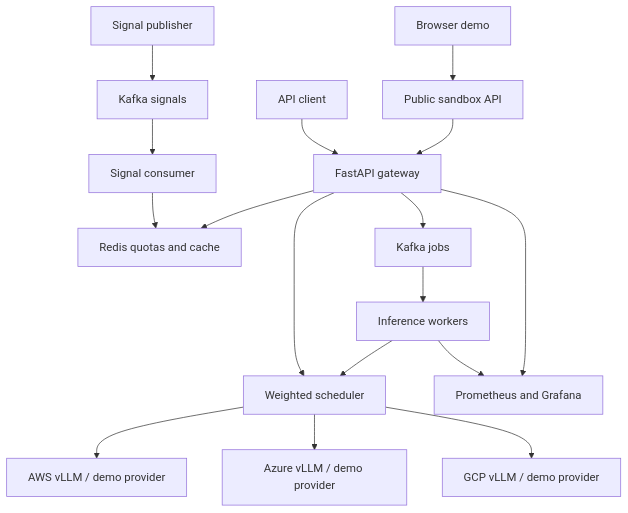
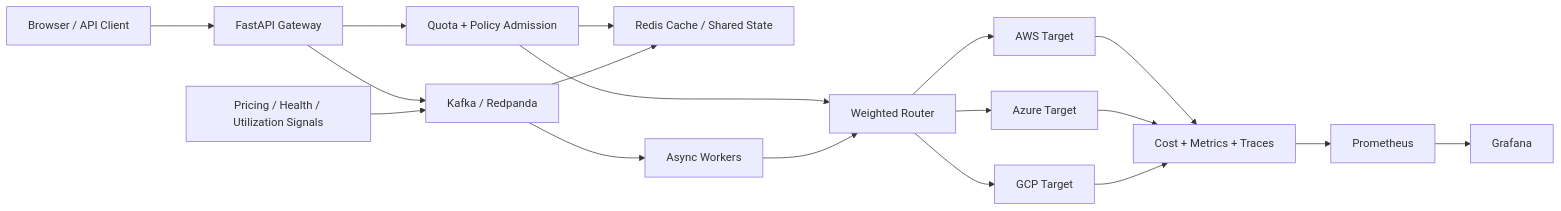
Before and after one commit to Rishav4477/cost-aware-inference: the diagram in README.md, drawn with Mermaid. The commit also changed other lines of this file, not shown here.

Commit message:
Rewrite README for public release and hosted demo

````diff
--- a/README.md
+++ b/README.md
@@ -104,19 +72,26 @@
 ```mermaid
-flowchart TD
-    B[Browser demo] --> P[Public sandbox API]
-    C[API client] --> G[FastAPI gateway]
-    P --> G
-    G --> R[Redis quotas and cache]
-    G --> S[Weighted scheduler]
-    S --> A[AWS vLLM / demo provider]
-    S --> Z[Azure vLLM / demo provider]
-    S --> X[GCP vLLM / demo provider]
-    G --> K[Kafka jobs]
-    K --> W[Inference workers]
-    W --> S
-    T[Signal publisher] --> E[Kafka signals]
-    E --> U[Signal consumer]
-    U --> R
-    G --> M[Prometheus and Grafana]
-    W --> M
+flowchart LR
+    U[Browser / API Client] --> G[FastAPI Gateway]
+
+    G --> Q[Quota + Policy Admission]
+    Q --> C[Redis Cache / Shared State]
+    Q --> R[Weighted Router]
+
+    R --> A[AWS Target]
+    R --> Z[Azure Target]
+    R --> X[GCP Target]
+
+    A --> O[Cost + Metrics + Traces]
+    Z --> O
+    X --> O
+
+    G --> K[Kafka / Redpanda]
+    K --> W[Async Workers]
+    W --> R
+
+    S[Pricing / Health / Utilization Signals] --> K
+    K --> C
+
+    O --> P[Prometheus]
+    P --> D[Grafana]
 ```
````
